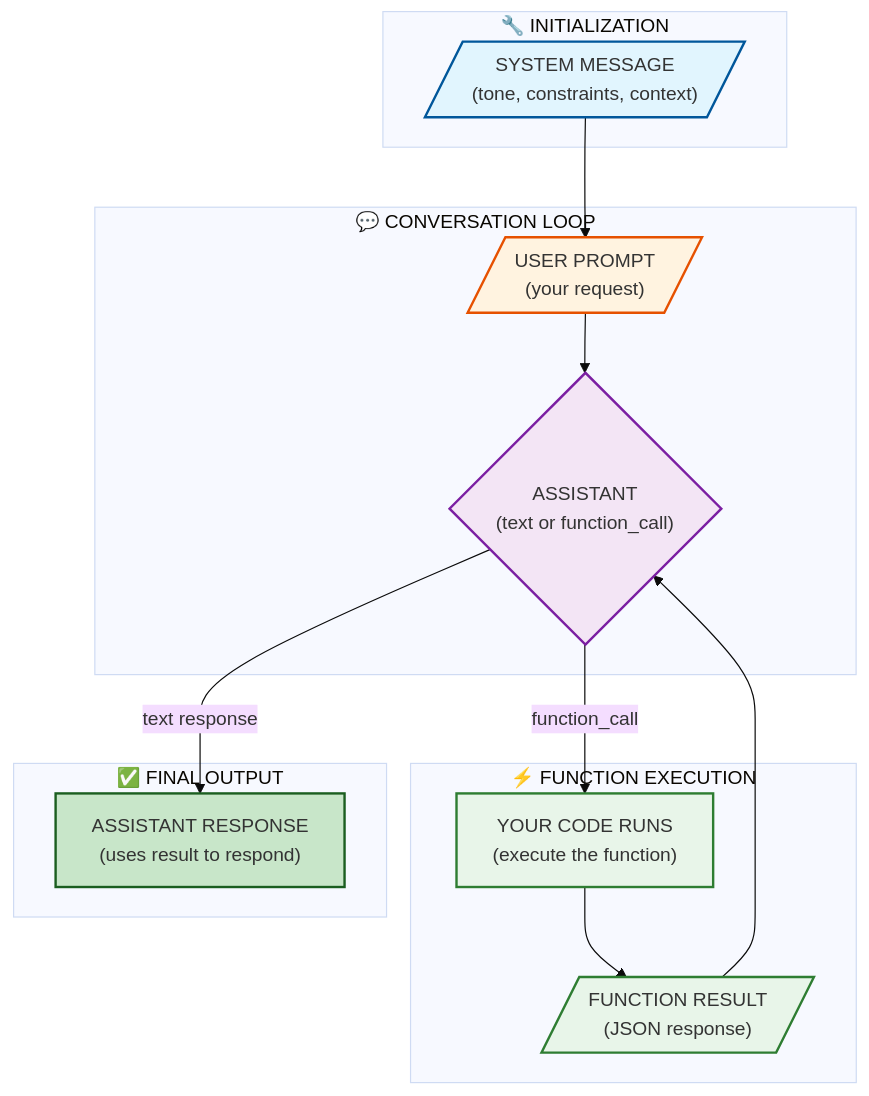
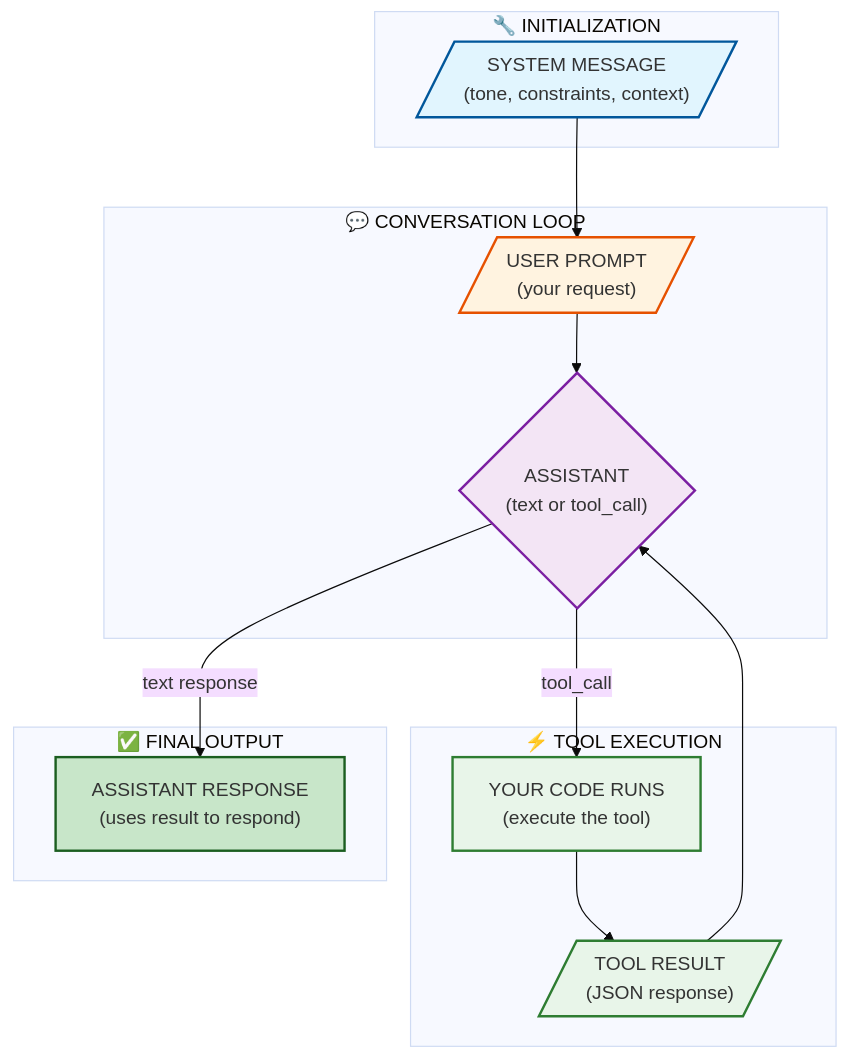
One commit to lbijeau/codex-training changed the diagram in docs/modules/08-api-internals.md. Above: the diagram before and after it, drawn with Mermaid (base theme). The commit also changed other lines of this file and 5 other files, not shown here.

````diff
--- a/docs/modules/08-api-internals.md
+++ b/docs/modules/08-api-internals.md
@@ -31,34 +32,34 @@
 ```mermaid
 flowchart TD
     subgraph init["🔧 INITIALIZATION"]
         S[/"SYSTEM MESSAGE<br/>(tone, constraints, context)"/]
     end
 
     subgraph conversation["💬 CONVERSATION LOOP"]
         U[/"USER PROMPT<br/>(your request)"/]
-        A{"ASSISTANT<br/>(text or function_call)"}
+        A{"ASSISTANT<br/>(text or tool_call)"}
         U --> A
     end
 
-    subgraph function["⚡ FUNCTION EXECUTION"]
-        F["YOUR CODE RUNS<br/>(execute the function)"]
-        R[/"FUNCTION RESULT<br/>(JSON response)"/]
+    subgraph toolexec["⚡ TOOL EXECUTION"]
+        F["YOUR CODE RUNS<br/>(execute the tool)"]
+        R[/"TOOL RESULT<br/>(JSON response)"/]
         F --> R
     end
 
     subgraph response["✅ FINAL OUTPUT"]
         FINAL["ASSISTANT RESPONSE<br/>(uses result to respond)"]
     end
 
     S --> U
-    A -->|"function_call"| F
+    A -->|"tool_call"| F
     R --> A
     A -->|"text response"| FINAL
 
     style S fill:#e1f5fe,stroke:#01579b,stroke-width:2px
     style U fill:#fff3e0,stroke:#e65100,stroke-width:2px
     style A fill:#f3e5f5,stroke:#7b1fa2,stroke-width:2px
     style F fill:#e8f5e9,stroke:#2e7d32,stroke-width:2px
     style R fill:#e8f5e9,stroke:#2e7d32,stroke-width:2px
     style FINAL fill:#c8e6c9,stroke:#1b5e20,stroke-width:2px
 ```
````
